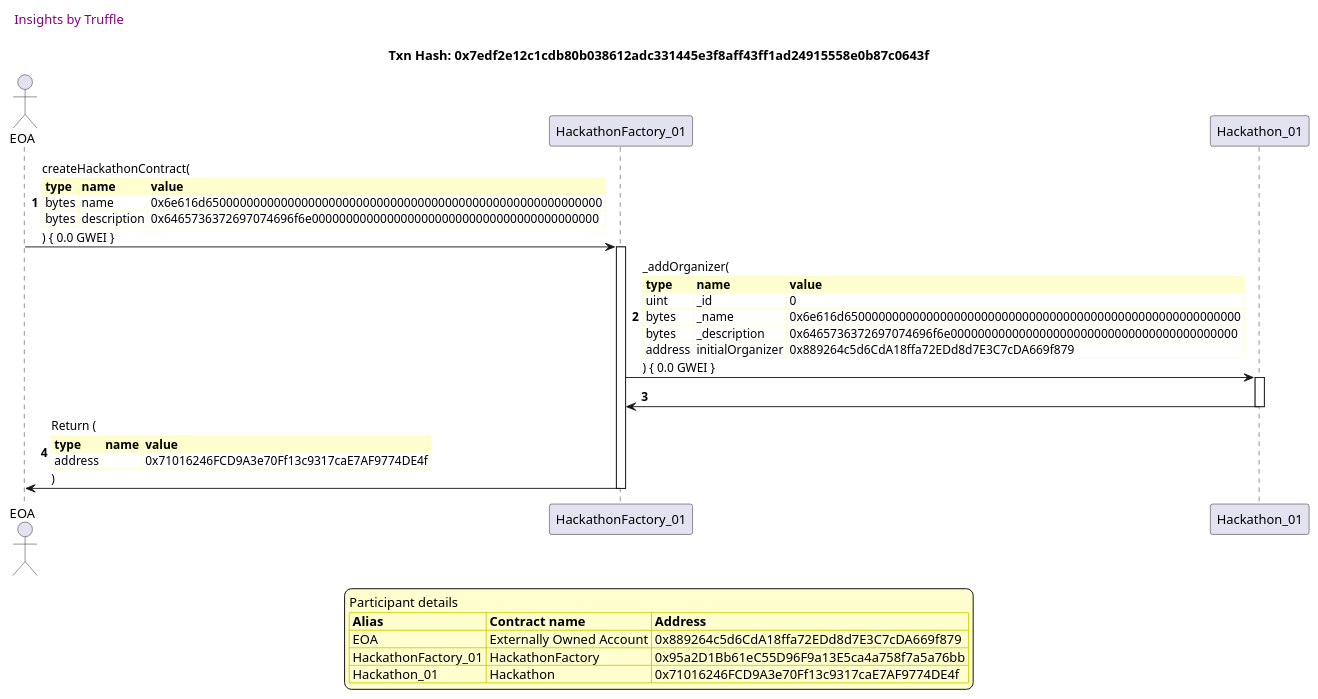
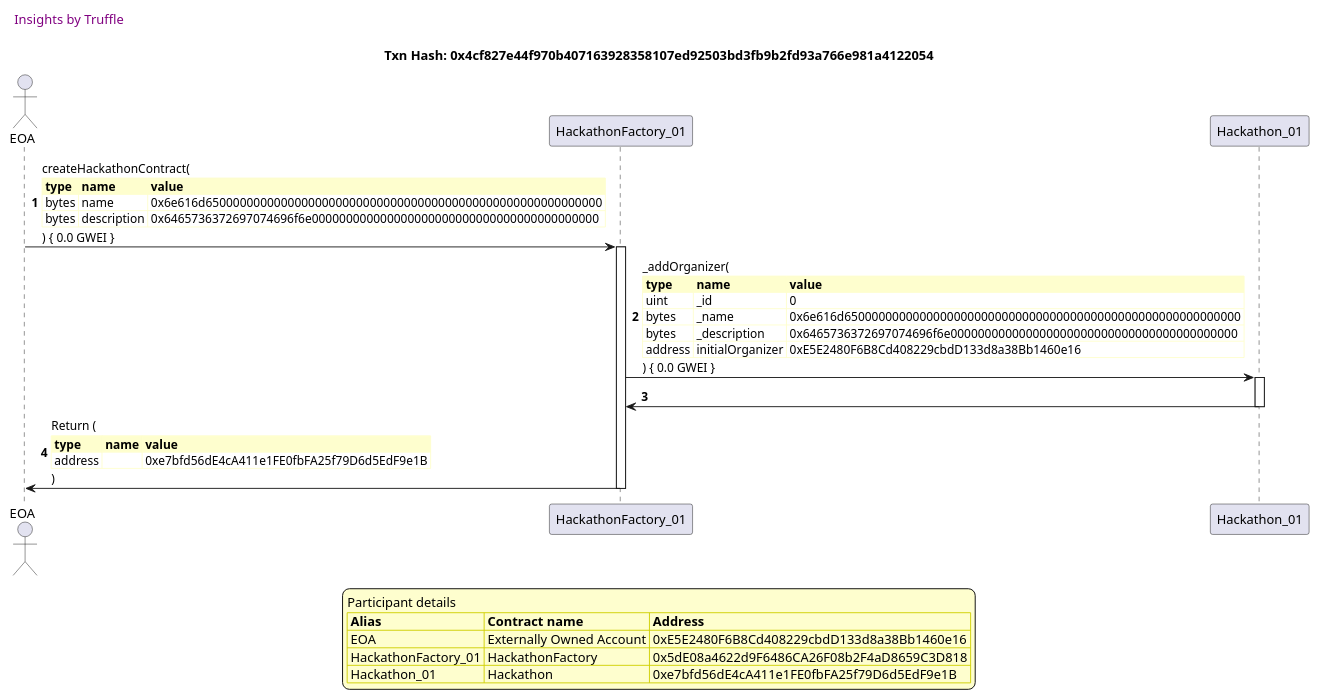
Before and after one commit to fodisi/hackapay: the fourth of 11 diagrams in truffle-seq/factory_hackathonfactory.md, drawn with PlantUML. The commit also changed other lines of this file and 10 other files, not shown here.

````diff
--- a/truffle-seq/factory_hackathonfactory.md
+++ b/truffle-seq/factory_hackathonfactory.md
@@ -164,54 +164,54 @@
 ```plantuml
 
 
 @startuml
 
 autonumber
 skinparam legendBackgroundColor #FEFECE
 
 <style>
       header {
         HorizontalAlignment left
         FontColor purple
         FontSize 14
         Padding 10
       }
     </style>
 
 header Insights by Truffle
 
-title Txn Hash: 0x7edf2e12c1cdb80b038612adc331445e3f8aff43ff1ad24915558e0b87c0643f
+title Txn Hash: 0x4cf827e44f970b407163928358107ed92503bd3fb9b2fd93a766e981a4122054
 
 
 actor EOA as "EOA"
 participant HackathonFactory_01 as "HackathonFactory_01"
 participant Hackathon_01 as "Hackathon_01"
 
 "EOA" -> "HackathonFactory_01" ++: createHackathonContract(\n\
 <#FEFECE,#FEFECE>|= type |= name |= value |\n\
 | bytes | name | 0x6e616d6500000000000000000000000000000000000000000000000000000000 |\n\
 | bytes | description | 0x6465736372697074696f6e000000000000000000000000000000000000000000 |\n\
 ) { 0.0 GWEI }
 "HackathonFactory_01" -> "Hackathon_01" ++: _addOrganizer(\n\
 <#FEFECE,#FEFECE>|= type |= name |= value |\n\
 | uint | _id | 0 |\n\
 | bytes | _name | 0x6e616d6500000000000000000000000000000000000000000000000000000000 |\n\
 | bytes | _description | 0x6465736372697074696f6e000000000000000000000000000000000000000000 |\n\
-| address | initialOrganizer | 0x889264c5d6CdA18ffa72EDd8d7E3C7cDA669f879 |\n\
+| address | initialOrganizer | 0xE5E2480F6B8Cd408229cbdD133d8a38Bb1460e16 |\n\
 ) { 0.0 GWEI }
 "Hackathon_01" -> "HackathonFactory_01" --: 
 "HackathonFactory_01" -> "EOA" --: Return (\n\
 <#FEFECE,#FEFECE>|= type |= name |= value |\n\
-| address |  | 0x71016246FCD9A3e70Ff13c9317caE7AF9774DE4f |\n\
+| address |  | 0xe7bfd56dE4cA411e1FE0fbFA25f79D6d5EdF9e1B |\n\
 )
 
 legend
 Participant details
 <#FEFECE,#D0D000>|= Alias |= Contract name |= Address |
-<#FEFECE>| EOA | Externally Owned Account | 0x889264c5d6CdA18ffa72EDd8d7E3C7cDA669f879 |
-<#FEFECE>| HackathonFactory_01 | HackathonFactory | 0x95a2D1Bb61eC55D96F9a13E5ca4a758f7a5a76bb |
-<#FEFECE>| Hackathon_01 | Hackathon | 0x71016246FCD9A3e70Ff13c9317caE7AF9774DE4f |
+<#FEFECE>| EOA | Externally Owned Account | 0xE5E2480F6B8Cd408229cbdD133d8a38Bb1460e16 |
+<#FEFECE>| HackathonFactory_01 | HackathonFactory | 0x5dE08a4622d9F6486CA26F08b2F4aD8659C3D818 |
+<#FEFECE>| Hackathon_01 | Hackathon | 0xe7bfd56dE4cA411e1FE0fbFA25f79D6d5EdF9e1B |
 endlegend
 
 @enduml
 ```
````
